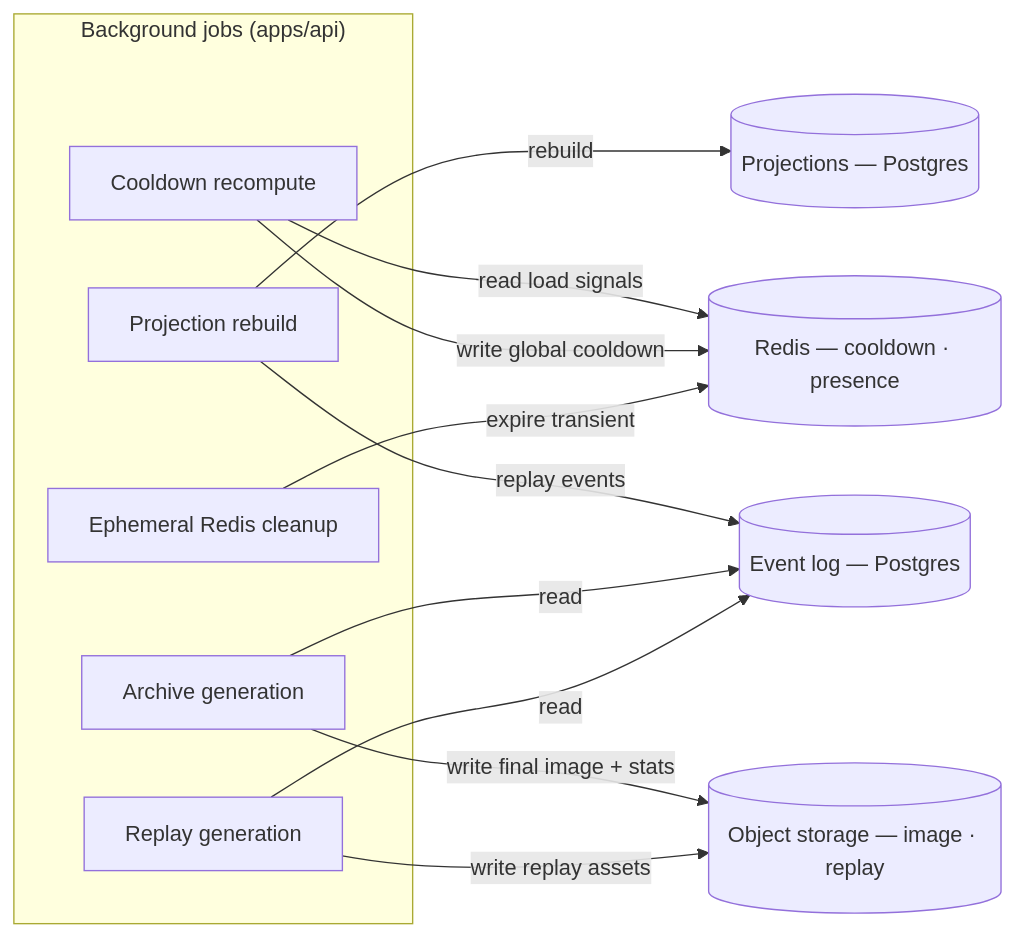
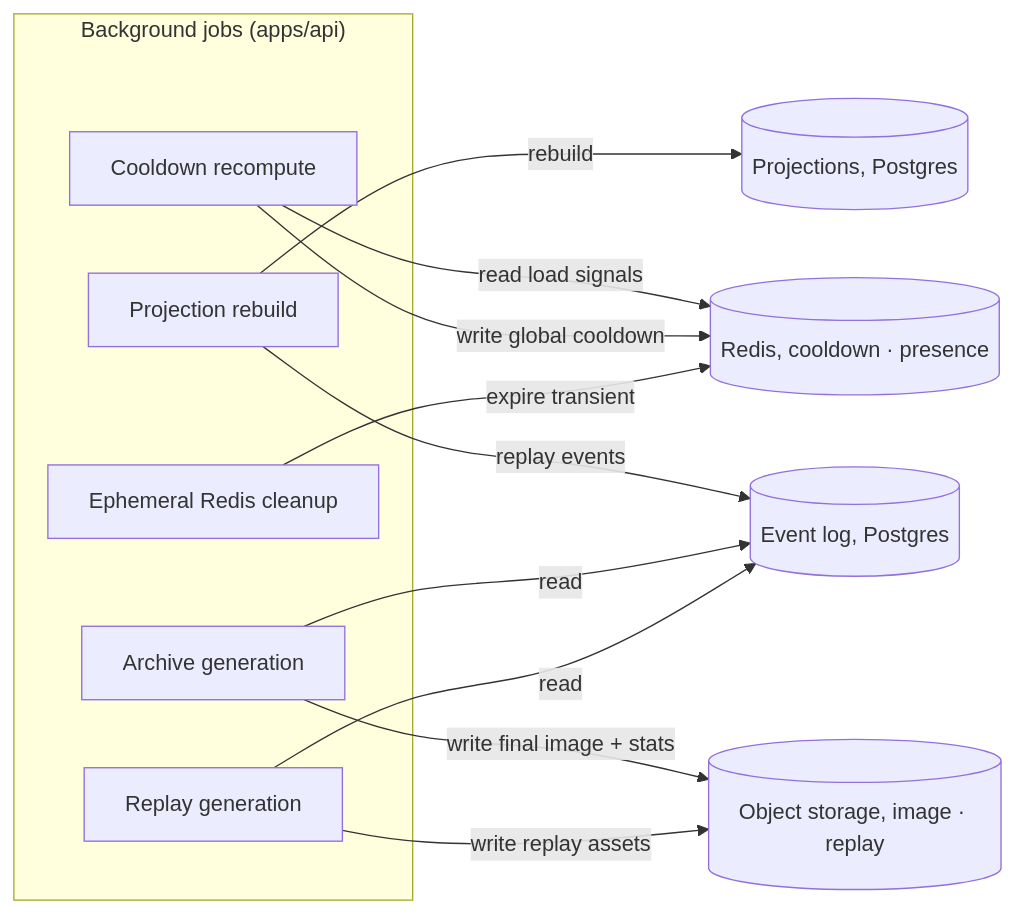
One commit to div0rce/quad-canvas changed the third of 3 diagrams in docs/BACKEND.md. Above: the diagram before and after it, drawn with Mermaid. The commit also changed other lines of this file and 98 other files, not shown here.

````diff
--- a/docs/BACKEND.md
+++ b/docs/BACKEND.md
@@ -234,23 +234,23 @@
 ```mermaid
 flowchart LR
   subgraph Jobs["Background jobs (apps/api)"]
     J1["Projection rebuild"]
     J2["Cooldown recompute"]
     J3["Archive generation"]
     J4["Replay generation"]
     J5["Ephemeral Redis cleanup"]
   end
-  LOG[("Event log — Postgres")]
-  PROJ[("Projections — Postgres")]
-  RDS[("Redis — cooldown · presence")]
-  OBJ[("Object storage — image · replay")]
+  LOG[("Event log, Postgres")]
+  PROJ[("Projections, Postgres")]
+  RDS[("Redis, cooldown · presence")]
+  OBJ[("Object storage, image · replay")]
   J1 -->|replay events| LOG
   J1 -->|rebuild| PROJ
   J2 -->|read load signals| RDS
   J2 -->|write global cooldown| RDS
   J3 -->|read| LOG
   J3 -->|write final image + stats| OBJ
   J4 -->|read| LOG
   J4 -->|write replay assets| OBJ
   J5 -->|expire transient| RDS
 ```
````
